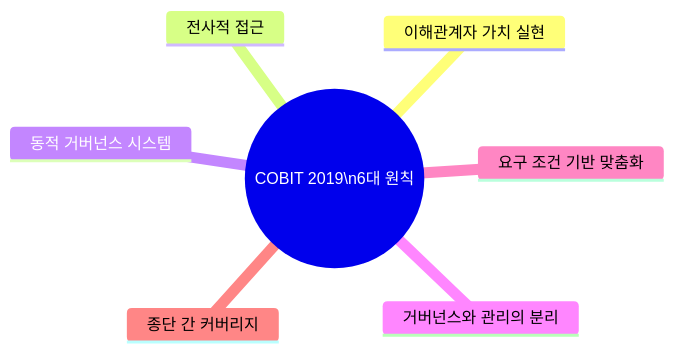
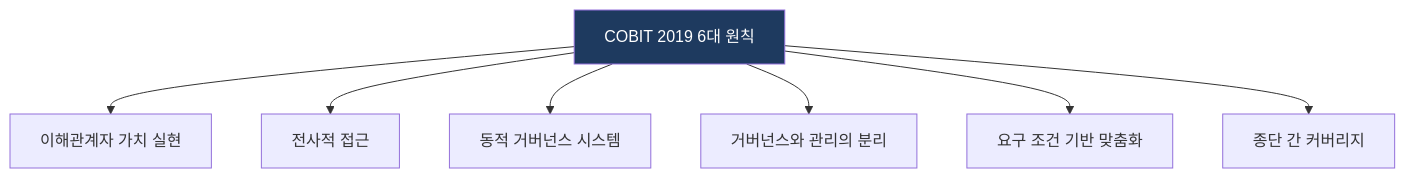
Before and after one commit to jeonck/fw-thinking: the fourth of 5 diagrams in docs/01-it-governance/cobit-2019.md, drawn with Mermaid. The commit also changed other lines of this file and 38 other files, not shown here.

Commit message:
docs: refactor all diagrams to evolution/transition flowchart format

````diff
--- a/docs/01-it-governance/cobit-2019.md
+++ b/docs/01-it-governance/cobit-2019.md
@@ -108,10 +108,19 @@
 ```mermaid
-mindmap
-  root((COBIT 2019\n6대 원칙))
-    이해관계자 가치 실현
-    전사적 접근
-    동적 거버넌스 시스템
-    거버넌스와 관리의 분리
-    요구 조건 기반 맞춤화
-    종단 간 커버리지
+flowchart TD
+  ROOT["COBIT 2019 6대 원칙"]
+  P1["이해관계자 가치 실현"]
+  P2["전사적 접근"]
+  P3["동적 거버넌스 시스템"]
+  P4["거버넌스와 관리의 분리"]
+  P5["요구 조건 기반 맞춤화"]
+  P6["종단 간 커버리지"]
+
+  ROOT --> P1
+  ROOT --> P2
+  ROOT --> P3
+  ROOT --> P4
+  ROOT --> P5
+  ROOT --> P6
+
+  style ROOT fill:#1E3A5F,color:#fff
 ```
````
